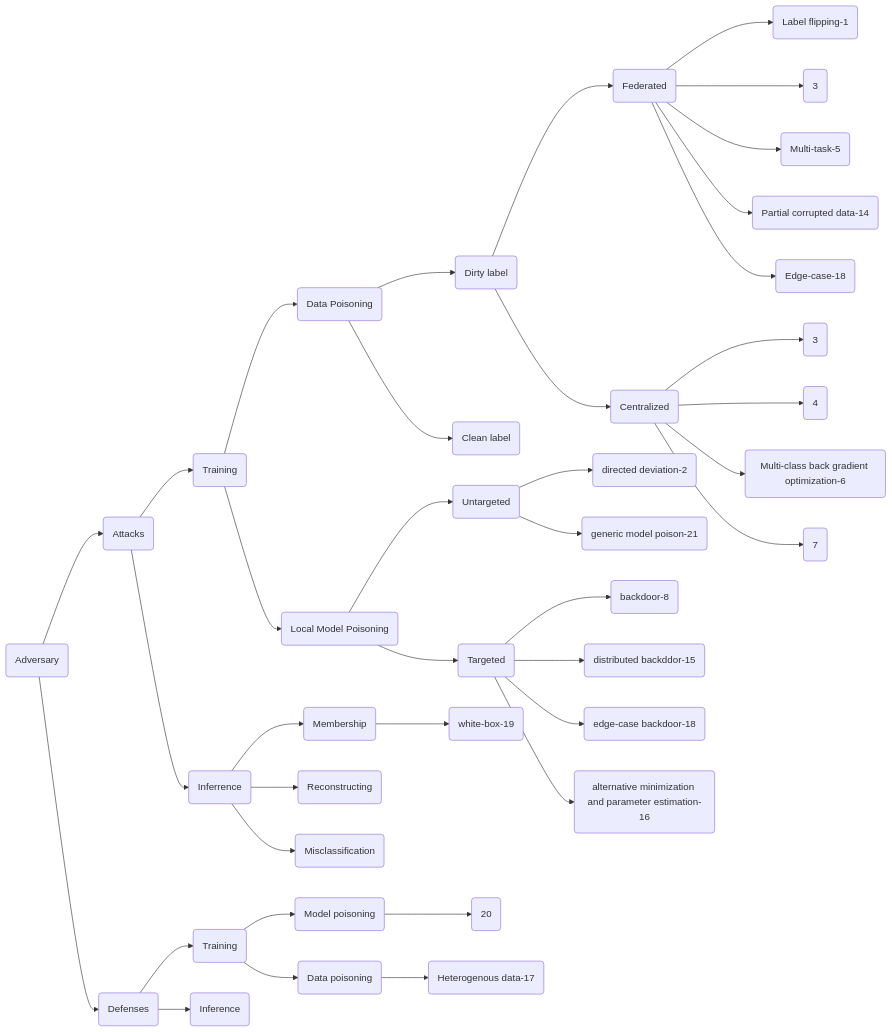
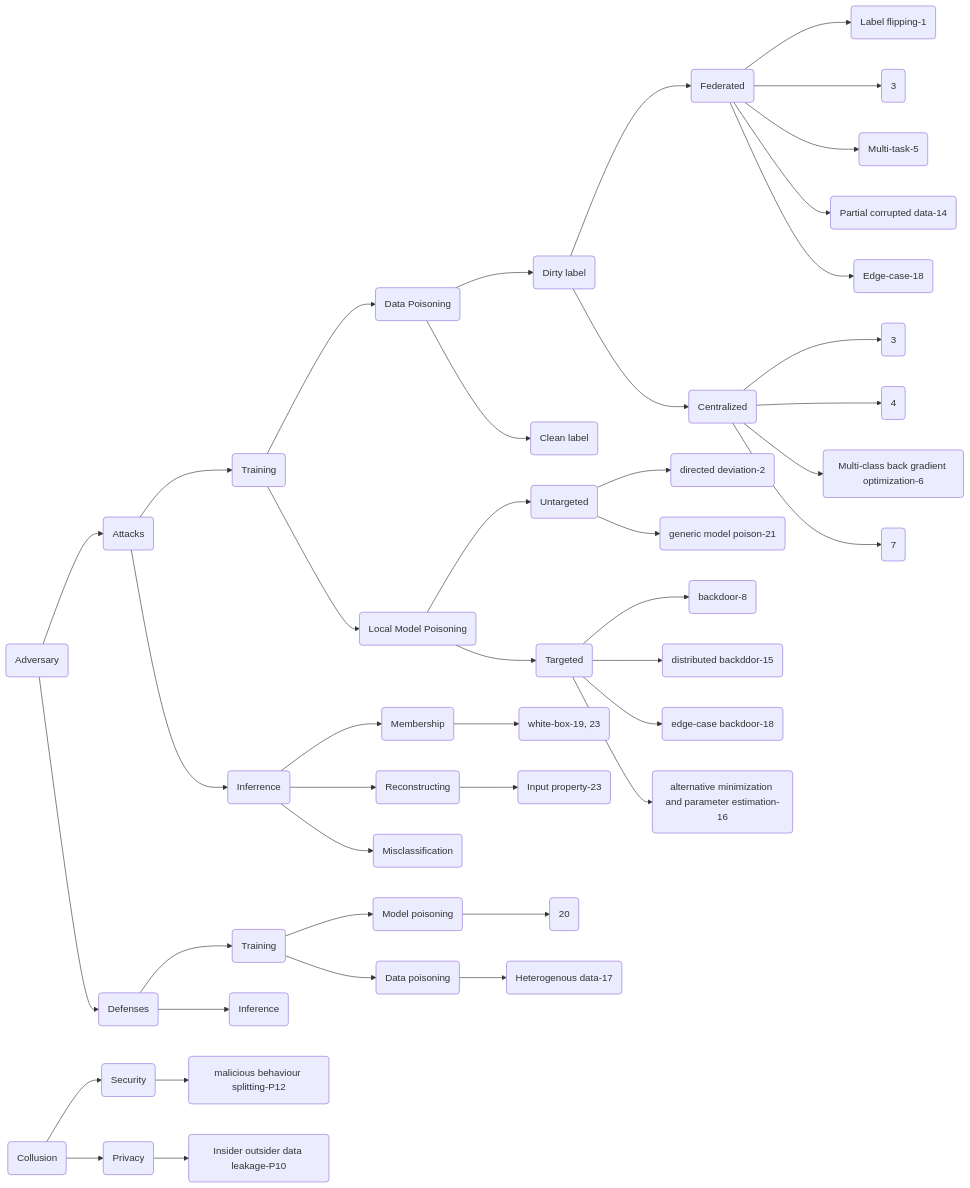
One commit to GillHuang-Xtler/flPapers changed the diagram in poison.md. Above: the diagram before and after it, drawn with Mermaid. The commit also changed other lines of this file and 10 other files, not shown here.

````diff
--- a/poison.md
+++ b/poison.md
@@ -162,40 +179,47 @@
 ```mermaid
 graph LR
 Z(Adversary)-->Z1(Attacks)
 Z-->Z2(Defenses)
 Z1-->A1(Training)
 Z1-->A2(Inferrence)
 A1-->B1(Data Poisoning)
 B1-->M1(Dirty label)
 B1-->M2(Clean label)
 A1-->B2(Local Model Poisoning)
 M1-->C1(Federated)
 M1-->C2(Centralized)
 B2-->N1(Targeted)
 B2-->N2(Untargeted)
 N2-->D1(directed deviation-2)
 N2-->D3(generic model poison-21)
 N1-->D2(backdoor-8)
 N1-->D4(distributed backddor-15)
 N1-->D6(edge-case backdoor-18)
 N1-->D5(alternative minimization and parameter estimation-16)
 C1-->G1(Label flipping-1)
 C1-->G2(3)
 C1-->G3(Multi-task-5)
 C1-->G4(Partial corrupted data-14)
 C1-->G5(Edge-case-18)
 C2-->H1(3)
 C2-->H2(4)
 C2-->H3(Multi-class back gradient optimization-6)
 C2-->H4(7)
 A2-->B3(Membership)
-B3-->I1(white-box-19)
+B3-->I1(white-box-19, 23)
 A2-->B4(Reconstructing)
+B4-->I2(Input property-23)
 A2-->B5(Misclassification)
 Z2-->B11(Training)
 Z2-->B12(Inference)
 B11-->C11(Model poisoning)
 B11-->C12(Data poisoning)
 C11-->D11(20)
 C12-->D12(Heterogenous data-17)
+
+O(Collusion) -->Q1(Security)
+Q1-->P1(malicious behaviour splitting-P12)
+O(Collusion) -->Q2(Privacy)
+Q2-->P2(Insider outsider data leakage-P10)
+
 ```
````
